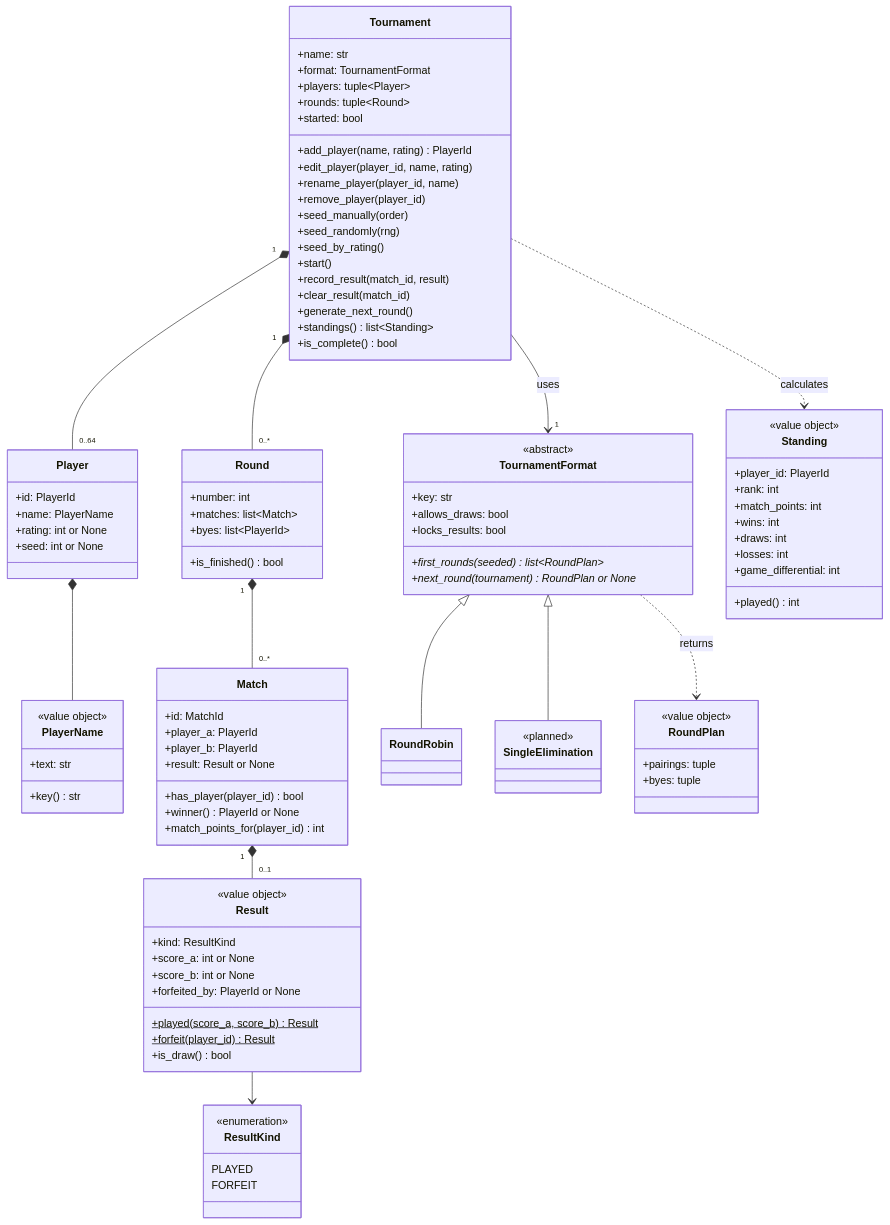
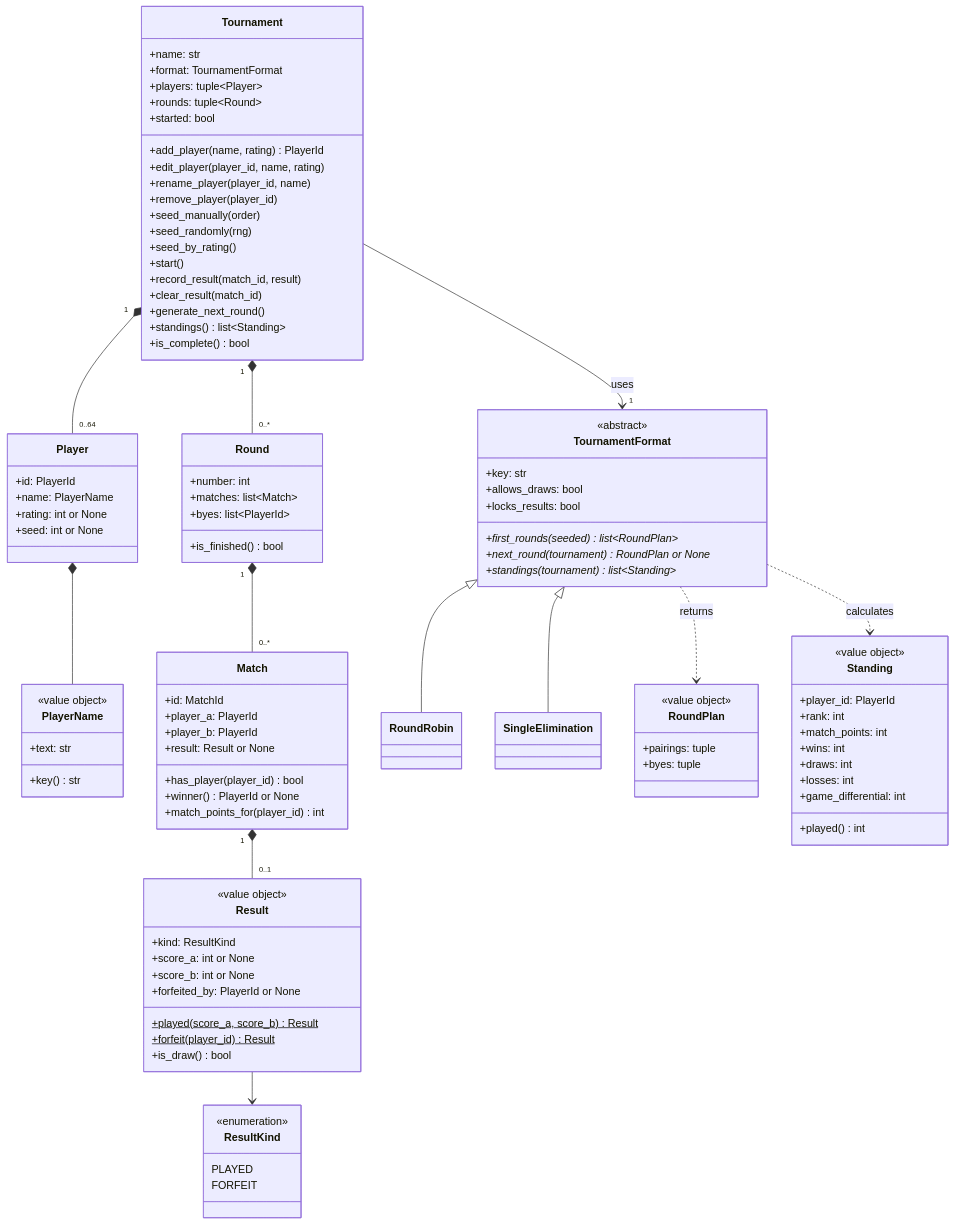
Before and after one commit to ajlight89/bracketeer: the second of 2 diagrams in docs/design.md, drawn with Mermaid. The commit also changed other lines of this file and 12 other files, not shown here.

First line of the commit message:
feat(domain): add single elimination with byes, later rounds, and placement standings (#34)

````diff
--- a/docs/design.md
+++ b/docs/design.md
@@ -109,12 +109,11 @@
         +locks_results: bool
         +first_rounds(seeded)* list~RoundPlan~
         +next_round(tournament)* RoundPlan or None
+        +standings(tournament)* list~Standing~
     }
 
     class RoundRobin
-    class SingleElimination {
-        <<planned>>
-    }
+    class SingleElimination
 
     class RoundPlan {
         <<value object>>
@@ -144,5 +143,5 @@
     TournamentFormat <|-- RoundRobin
     TournamentFormat <|-- SingleElimination
     TournamentFormat ..> RoundPlan : returns
-    Tournament ..> Standing : calculates
+    TournamentFormat ..> Standing : calculates
 ```
````
